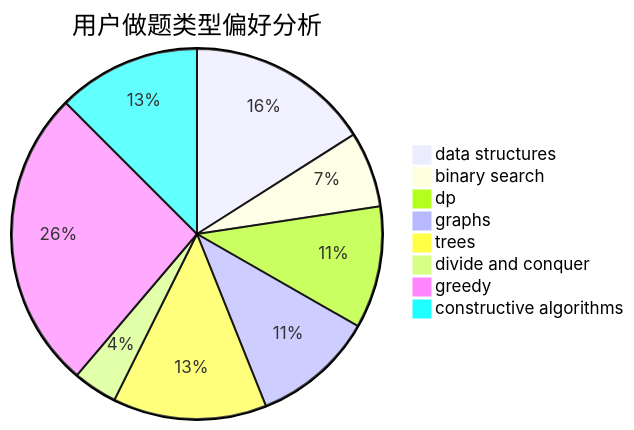
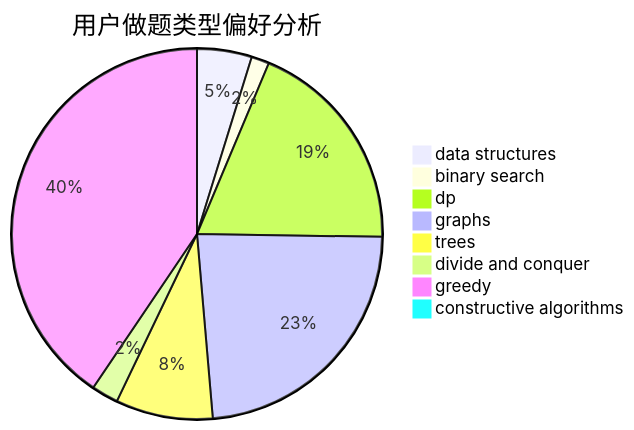
The second of 3 diagrams in docs/user/u1740.md (sherpahu/cfrs.github.io), drawn with Mermaid before and after one commit. The commit also changed other lines of this file and 2770 other files, not shown here.

````diff
--- a/docs/user/u1740.md
+++ b/docs/user/u1740.md
@@ -23,11 +23,11 @@
 ```mermaid
 pie title 用户做题类型偏好分析
-    "data structures" :  87
-    "binary search" :  36
-    "dp" :  58
-    "graphs" :  58
-    "trees" :  73
-    "divide and conquer" :  21
-    "greedy" :  143
-    "constructive algorithms" :  68
+    "data structures" :  49
+    "binary search" :  16
+    "dp" :  194
+    "graphs" :  240
+    "trees" :  87
+    "divide and conquer" :  24
+    "greedy" :  416
+    "constructive algorithms" :  5
 ```
````
